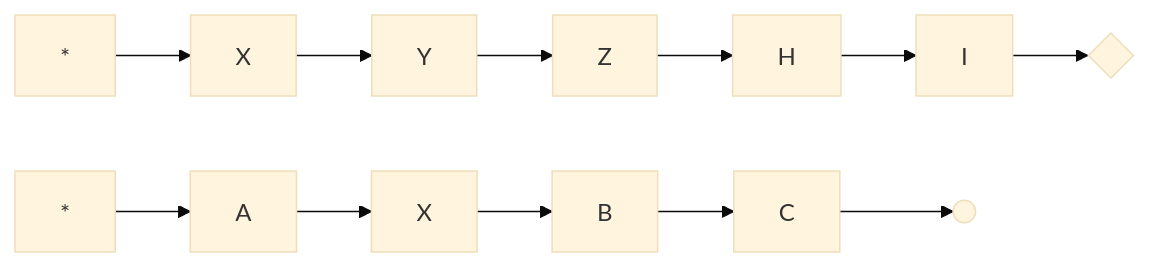
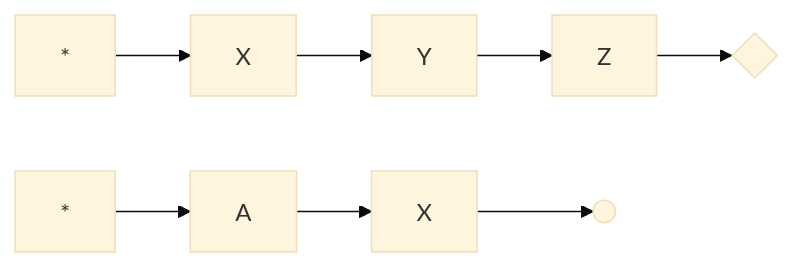
One commit to sbwkl/sbwkl.github.io changed the second of 3 diagrams in post/2022/05/learn-database-system-concepts-3.md. Above: the diagram before and after it, drawn with Mermaid (base theme). The commit also changed other lines of this file, not shown here.

````diff
--- a/post/2022/05/learn-database-system-concepts-3.md
+++ b/post/2022/05/learn-database-system-concepts-3.md
@@ -271,7 +271,7 @@
 ```mermaid
 flowchart LR
-T1["*"] --> T1X["X"] --> T1Y["Y"] --> T1Z["Z"] -->H-->I--> T1G{" "}
+T1["*"] --> T1X["X"] --> T1Y["Y"] --> T1Z["Z"] --> T1G{" "}
 
-T2["*"] -->T2A["A"] --> T2X["X"] --> T2B["B"] --> T2C["C"] --> T2G((" "))
+T2["*"] -->T2A["A"] --> T2X["X"] --> T2G((" "))
 
 ```
````
